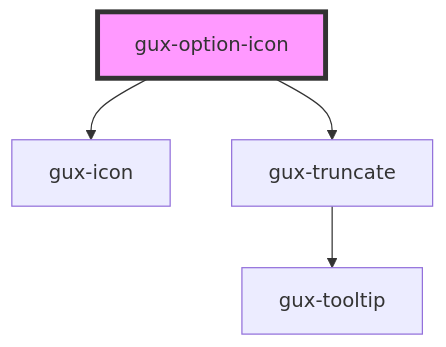
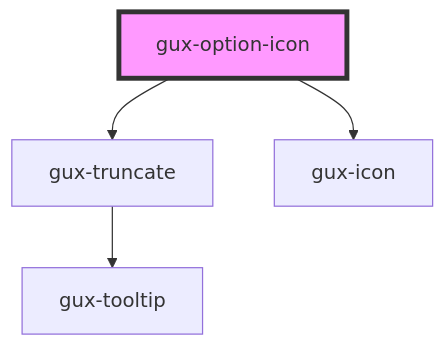
One commit to MyPureCloud/genesys-spark changed the diagram in packages/genesys-spark-components/src/components/stable/gux-listbox/options/gux-option-icon/readme.md. Above: the diagram before and after it, drawn with Mermaid. The commit also changed other lines of this file and 8 other files, not shown here.

````diff
--- a/packages/genesys-spark-components/src/components/stable/gux-listbox/options/gux-option-icon/readme.md
+++ b/packages/genesys-spark-components/src/components/stable/gux-listbox/options/gux-option-icon/readme.md
@@ -38,7 +38,7 @@
 ```mermaid
 graph TD;
+  gux-option-icon --> gux-truncate
   gux-option-icon --> gux-icon
-  gux-option-icon --> gux-truncate
   gux-truncate --> gux-tooltip
   style gux-option-icon fill:#f9f,stroke:#333,stroke-width:4px
 ```
````
